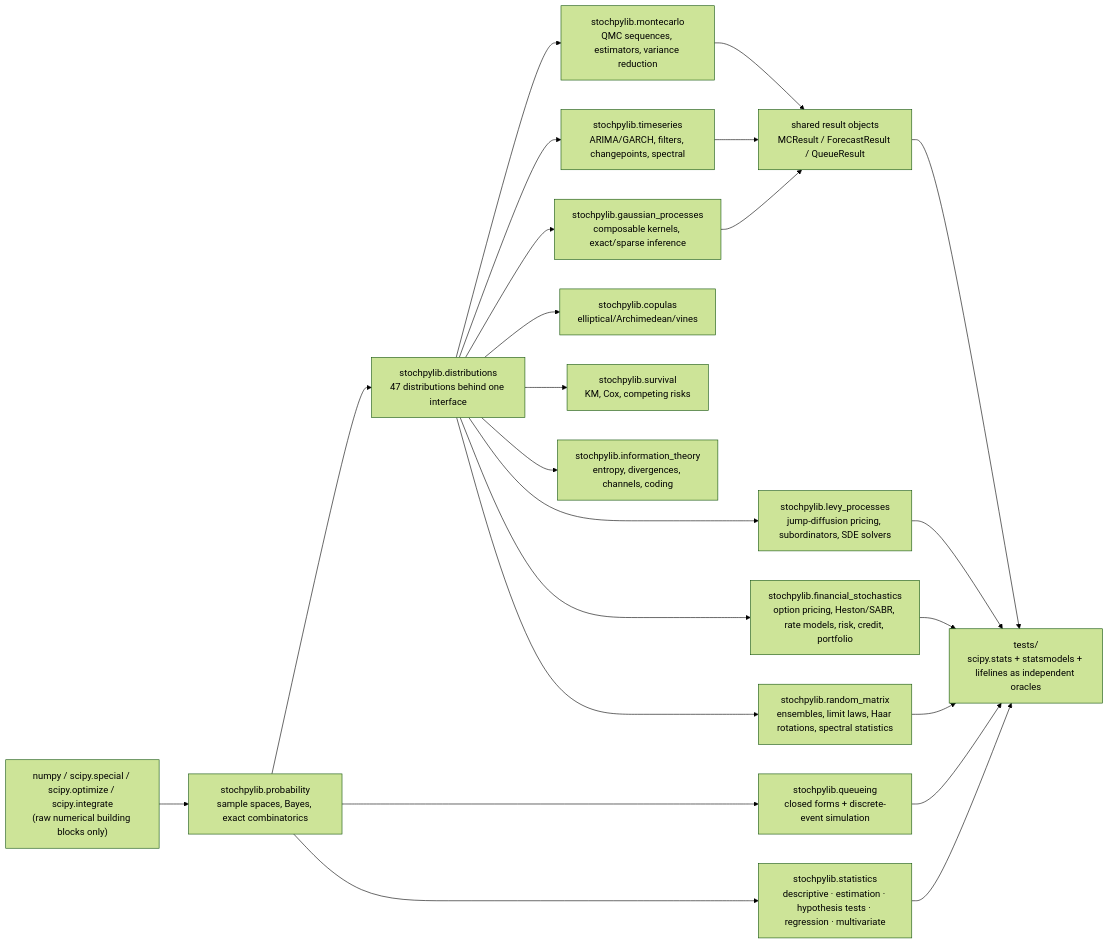
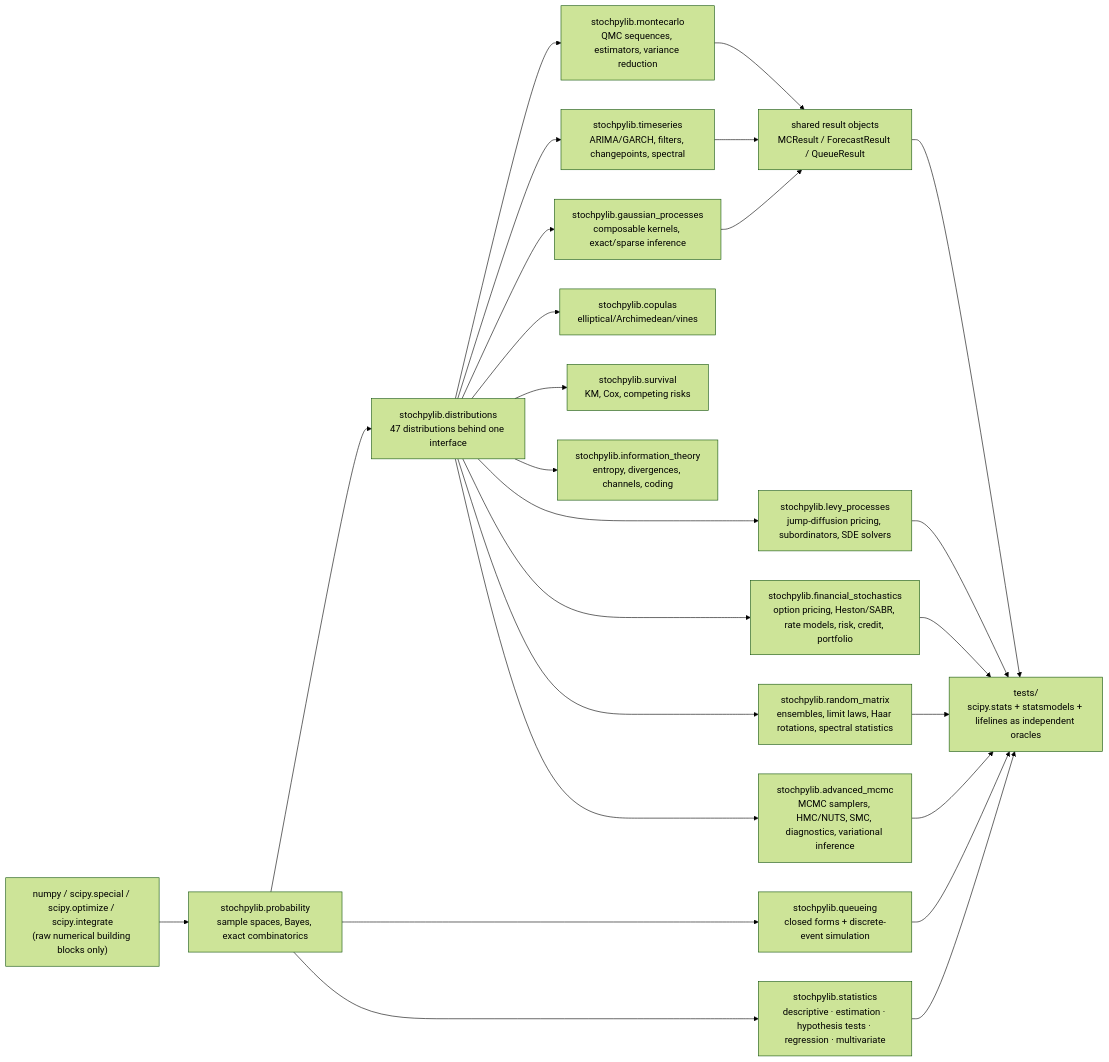
Before and after one commit to leon1706-lol/Stochpylib: the first of 2 diagrams in README.md, drawn with Mermaid (forest theme). The commit also changed other lines of this file and 34 other files, not shown here.

Commit message:
V0.11.0 advanced mcmc module

````diff
--- a/README.md
+++ b/README.md
@@ -209,25 +215,27 @@
 ```mermaid
 flowchart LR
     A["numpy / scipy.special / scipy.optimize / scipy.integrate<br/>(raw numerical building blocks only)"] --> B["stochpylib.probability<br/>sample spaces, Bayes, exact combinatorics"]
     B --> C["stochpylib.distributions<br/>47 distributions behind one interface"]
     C --> D["stochpylib.montecarlo<br/>QMC sequences, estimators, variance reduction"]
     C --> E["stochpylib.timeseries<br/>ARIMA/GARCH, filters, changepoints, spectral"]
     C --> F["stochpylib.gaussian_processes<br/>composable kernels, exact/sparse inference"]
     C --> G["stochpylib.copulas<br/>elliptical/Archimedean/vines"]
     C --> H["stochpylib.survival<br/>KM, Cox, competing risks"]
     B --> I["stochpylib.queueing<br/>closed forms + discrete-event simulation"]
     C --> J["stochpylib.information_theory<br/>entropy, divergences, channels, coding"]
     C --> M["stochpylib.levy_processes<br/>jump-diffusion pricing, subordinators, SDE solvers"]
     C --> N["stochpylib.financial_stochastics<br/>option pricing, Heston/SABR, rate models, risk, credit, portfolio"]
     B --> O["stochpylib.statistics<br/>descriptive · estimation · hypothesis tests · regression · multivariate"]
     C --> P["stochpylib.random_matrix<br/>ensembles, limit laws, Haar rotations, spectral statistics"]
+    C --> Q["stochpylib.advanced_mcmc<br/>MCMC samplers, HMC/NUTS, SMC, diagnostics, variational inference"]
     D --> K["shared result objects<br/>MCResult / ForecastResult / QueueResult"]
     E --> K
     F --> K
     K --> L["tests/<br/>scipy.stats + statsmodels + lifelines as independent oracles"]
     I --> L
     M --> L
     N --> L
     O --> L
     P --> L
+    Q --> L
 ```
````
